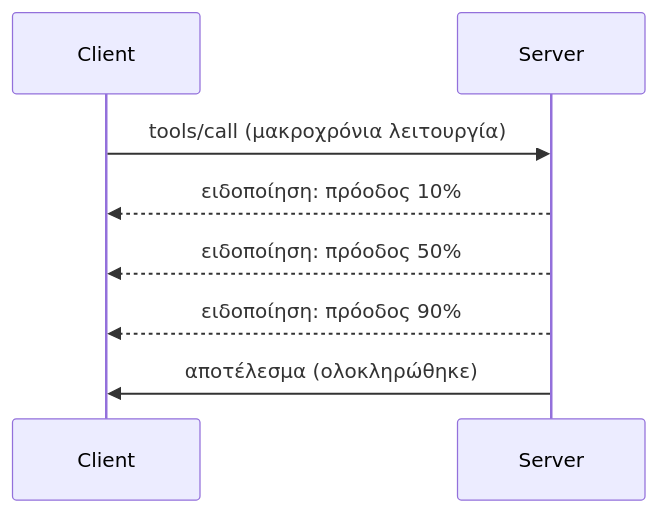
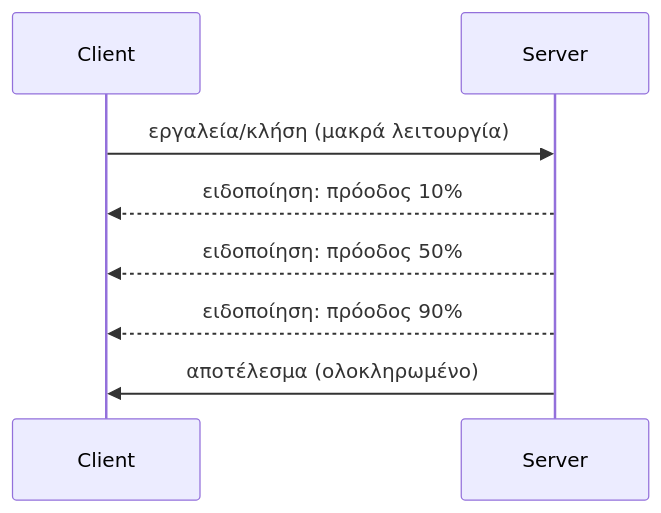
Before and after one commit to HIDORAKAI002/ai-workspace-archive: the diagram in mcp_ecosystem__model_context_protocol/mcp_learning_resources/mcp-for-beginners/translations/el/05-AdvancedTopics/mcp-protocol-features/README.md, drawn with Mermaid. The commit also changed other lines of this file and 1046 other files, not shown here.

````diff
--- a/mcp_ecosystem__model_context_protocol/mcp_learning_resources/mcp-for-beginners/translations/el/05-AdvancedTopics/mcp-protocol-features/README.md
+++ b/mcp_ecosystem__model_context_protocol/mcp_learning_resources/mcp-for-beginners/translations/el/05-AdvancedTopics/mcp-protocol-features/README.md
@@ -22,11 +24,11 @@
 ```mermaid
 sequenceDiagram
     participant Client
     participant Server
     
-    Client->>Server: tools/call (μακροχρόνια λειτουργία)
+    Client->>Server: εργαλεία/κλήση (μακρά λειτουργία)
     Server-->>Client: ειδοποίηση: πρόοδος 10%
     Server-->>Client: ειδοποίηση: πρόοδος 50%
     Server-->>Client: ειδοποίηση: πρόοδος 90%
-    Server->>Client: αποτέλεσμα (ολοκληρώθηκε)
+    Server->>Client: αποτέλεσμα (ολοκληρωμένο)
 ```
````
